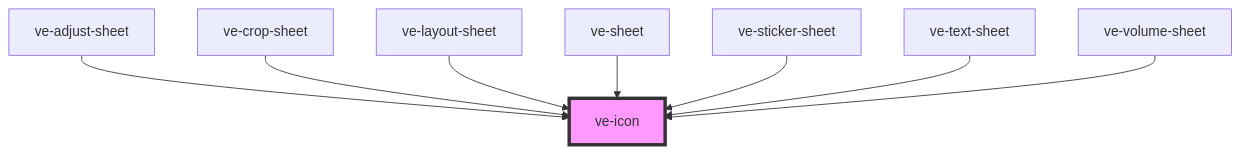
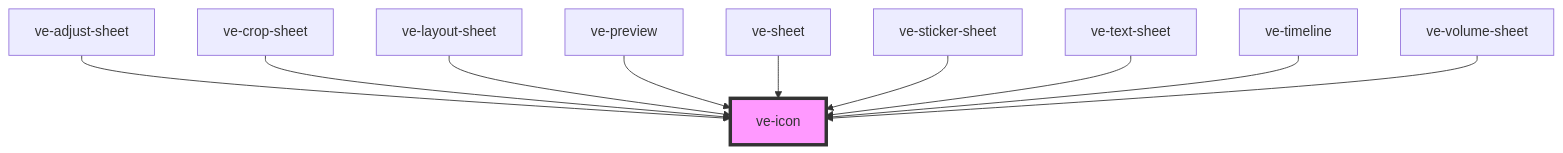
One commit to dotnetdreamer/capacitor-video-kit changed the diagram in src/components/ve-icon/readme.md. Above: the diagram before and after it, drawn with Mermaid. The commit also changed other lines of this file and 19 other files, not shown here.

First line of the commit message:
feat(ui): wave 3, the preview and the timeline

````diff
--- a/src/components/ve-icon/readme.md
+++ b/src/components/ve-icon/readme.md
@@ -43,11 +45,13 @@
 ```mermaid
 graph TD;
   ve-adjust-sheet --> ve-icon
   ve-crop-sheet --> ve-icon
   ve-layout-sheet --> ve-icon
+  ve-preview --> ve-icon
   ve-sheet --> ve-icon
   ve-sticker-sheet --> ve-icon
   ve-text-sheet --> ve-icon
+  ve-timeline --> ve-icon
   ve-volume-sheet --> ve-icon
   style ve-icon fill:#f9f,stroke:#333,stroke-width:4px
 ```
````
